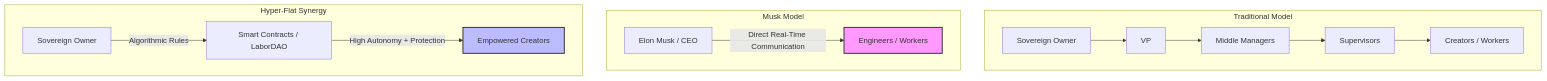
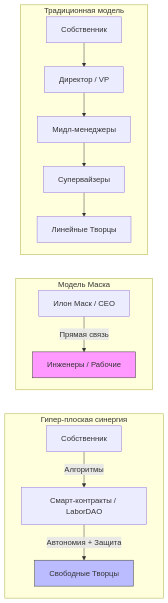
Before and after one commit to setextend/corporatesocial: the diagram in whatif.md, drawn with Mermaid. The commit also changed other lines of this file, not shown here.

````diff
--- a/whatif.md
+++ b/whatif.md
@@ -13,21 +13,37 @@
 ```mermaid
 graph TD
-    subgraph Traditional Model
-        A[Sovereign Owner] --> B[VP]
-        B --> C[Middle Managers]
-        C --> D[Supervisors]
-        D --> E[Creators / Workers]
+    %% ---------------------------------------------------
+    %% ПЕРВЫЙ ГРАФ: Традиционная модель
+    %% ---------------------------------------------------
+    subgraph Традиционная модель
+        A[Собственник] --> B[Директор / VP]
+        B --> C[Мидл-менеджеры]
+        C --> D[Супервайзеры]
+        D --> E[Линейные Творцы]
     end
 
-    subgraph Musk Model
-        F[Elon Musk / CEO] -->|Direct Real-Time Communication| G[Engineers / Workers]
-        style G fill:#f9f,stroke:#333,stroke-width:2px;
-        %% Note: High Burnout Rate
+    %% ---------------------------------------------------
+    %% ВТОРОЙ ГРАФ: Модель Маска (находится строго под первым)
+    %% ---------------------------------------------------
+    subgraph Модель Маска
+        F[Илон Маск / СЕО] -->|Прямая связь| G[Инженеры / Рабочие]
     end
 
-    subgraph Hyper-Flat Synergy
-        H[Sovereign Owner] -->|Algorithmic Rules| I[Smart Contracts / LaborDAO]
-        I -->|High Autonomy + Protection| J[Empowered Creators]
-        style J fill:#bbf,stroke:#333,stroke-width:2px;
+    %% Снимем автоматическое выравнивание в ряд, связав подграфы невидимой стрелкой
+    E ~~~ F
+
+    %% ---------------------------------------------------
+    %% ТРЕТИЙ ГРАФ: Гипер-плоская синергия (строго под вторым)
+    %% ---------------------------------------------------
+    subgraph Гипер-плоская синергия
+        H[Собственник] -->|Алгоритмы| I[Смарт-контракты / LaborDAO]
+        I -->|Автономия + Защита| J[Свободные Творцы]
     end
+
+    %% Снова используем невидимую стрелку для фиксации порядка сверху-вниз
+    G ~~~ H
+
+    %% Стилизация
+    style G fill:#f9f,stroke:#333;
+    style J fill:#bbf,stroke:#333;
 ```
````
